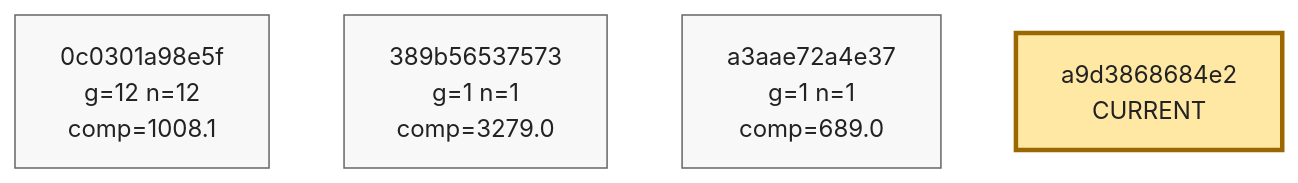
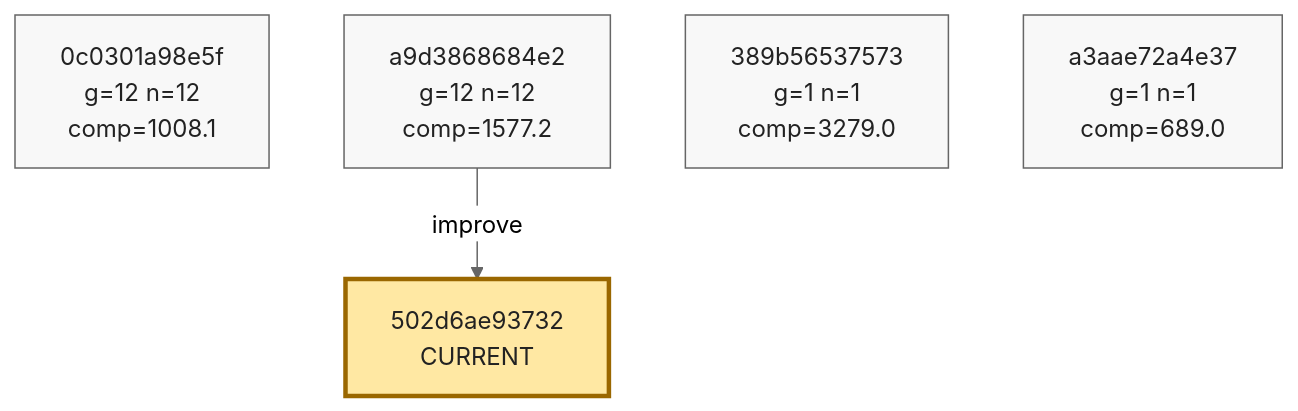
The tenth of 10 diagrams in phyrogenetic-tree.md (azumag/soviet_now), drawn with Mermaid (neutral theme) before and after one commit. The commit also changed other lines of this file and 2 other files, not shown here.

Commit message:
eloop Improve after 12 games (scores: 1168 1944 2034 1638 2710 1472 1529 1711 1161 2796 1094 2146)

````diff
--- a/phyrogenetic-tree.md
+++ b/phyrogenetic-tree.md
@@ -2542,18 +2542,21 @@
 ```mermaid
 flowchart TD
     h_0c0301a98e5f["0c0301a98e5f<br/>g=12 n=12<br/>comp=1008.1"]
+    h_a9d3868684e2["a9d3868684e2<br/>g=12 n=12<br/>comp=1577.2"]
     h_389b56537573["389b56537573<br/>g=1 n=1<br/>comp=3279.0"]
     h_a3aae72a4e37["a3aae72a4e37<br/>g=1 n=1<br/>comp=689.0"]
-    h_a9d3868684e2["a9d3868684e2<br/>CURRENT"]
+    h_502d6ae93732["502d6ae93732<br/>CURRENT"]
 
+    h_a9d3868684e2 -->|improve| h_502d6ae93732
 
     classDef plain fill:#f8f8f8,stroke:#666,stroke-width:1px,color:#222;
     classDef current fill:#ffe8a3,stroke:#9a6700,stroke-width:3px,color:#222;
     classDef anchor fill:#d7f5dd,stroke:#1f6f43,stroke-width:3px,color:#222;
     classDef current_anchor fill:#f3e4a8,stroke:#1f6f43,stroke-width:4px,color:#222;
 
     class h_0c0301a98e5f plain;
+    class h_a9d3868684e2 plain;
     class h_389b56537573 plain;
     class h_a3aae72a4e37 plain;
-    class h_a9d3868684e2 current;
+    class h_502d6ae93732 current;
 ```
````
